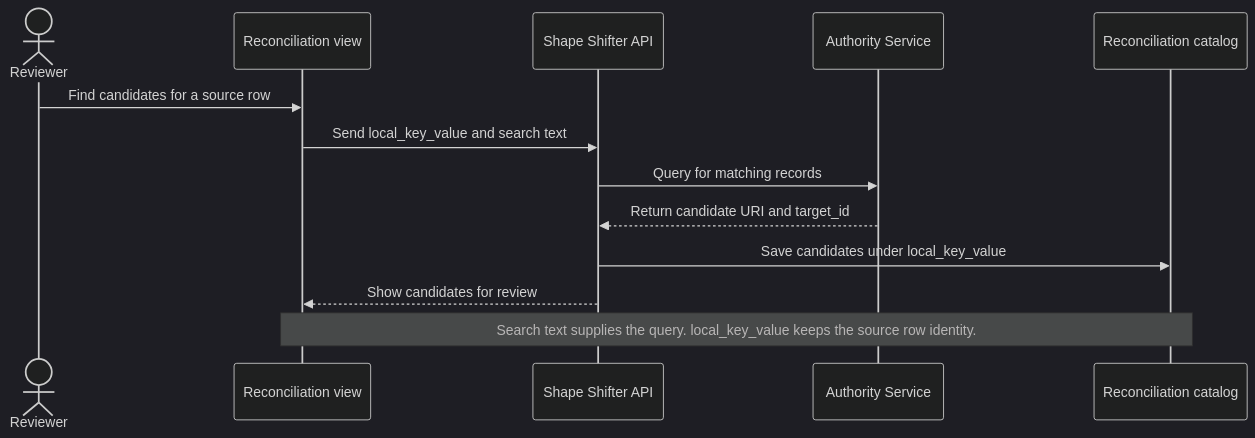
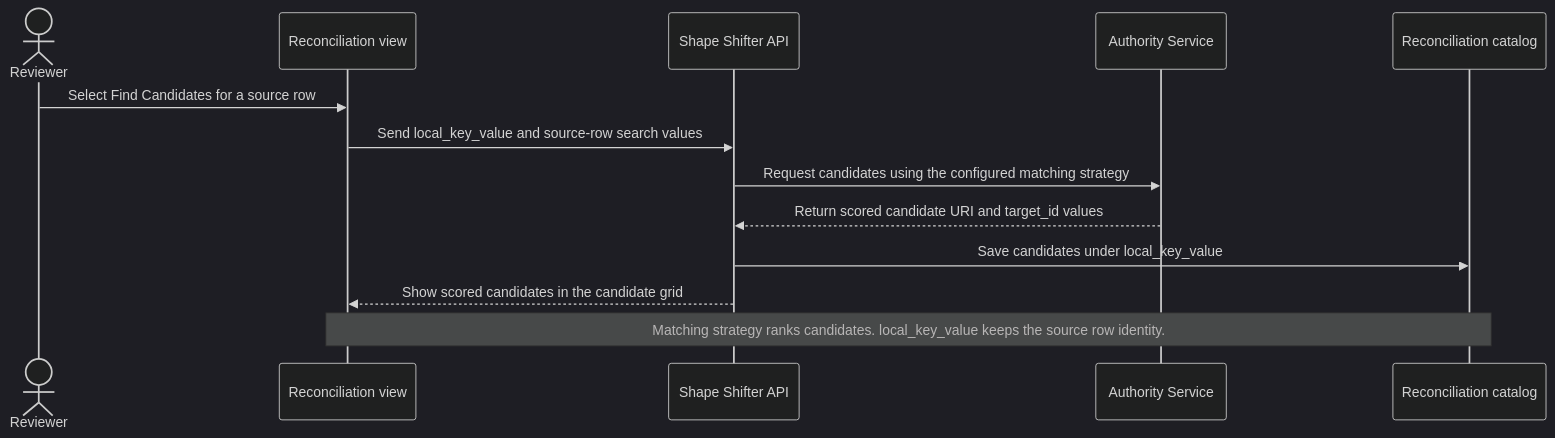
Before and after one commit to humlab-sead/sead_shape_shifter: the first of 8 diagrams in docs/proposals/RECONCILIATION_DIAGRAMS.md, drawn with Mermaid (dark theme). The commit also changed other lines of this file and 4 other files, not shown here.

````diff
--- a/docs/proposals/RECONCILIATION_DIAGRAMS.md
+++ b/docs/proposals/RECONCILIATION_DIAGRAMS.md
@@ -9,16 +9,16 @@
 ```mermaid
 sequenceDiagram
     actor Reviewer
     participant View as Reconciliation view
     participant API as Shape Shifter API
     participant Authority as Authority Service
     participant Catalog as Reconciliation catalog
 
-    Reviewer->>View: Find candidates for a source row
-    View->>API: Send local_key_value and search text
-    API->>Authority: Query for matching records
-    Authority-->>API: Return candidate URI and target_id
+    Reviewer->>View: Select Find Candidates for a source row
+    View->>API: Send local_key_value and source-row search values
+    API->>Authority: Request candidates using the configured matching strategy
+    Authority-->>API: Return scored candidate URI and target_id values
     API->>Catalog: Save candidates under local_key_value
-    API-->>View: Show candidates for review
-    Note over View,Catalog: Search text supplies the query. local_key_value keeps the source row identity.
+    API-->>View: Show scored candidates in the candidate grid
+    Note over View,Catalog: Matching strategy ranks candidates. local_key_value keeps the source row identity.
 ```
````
